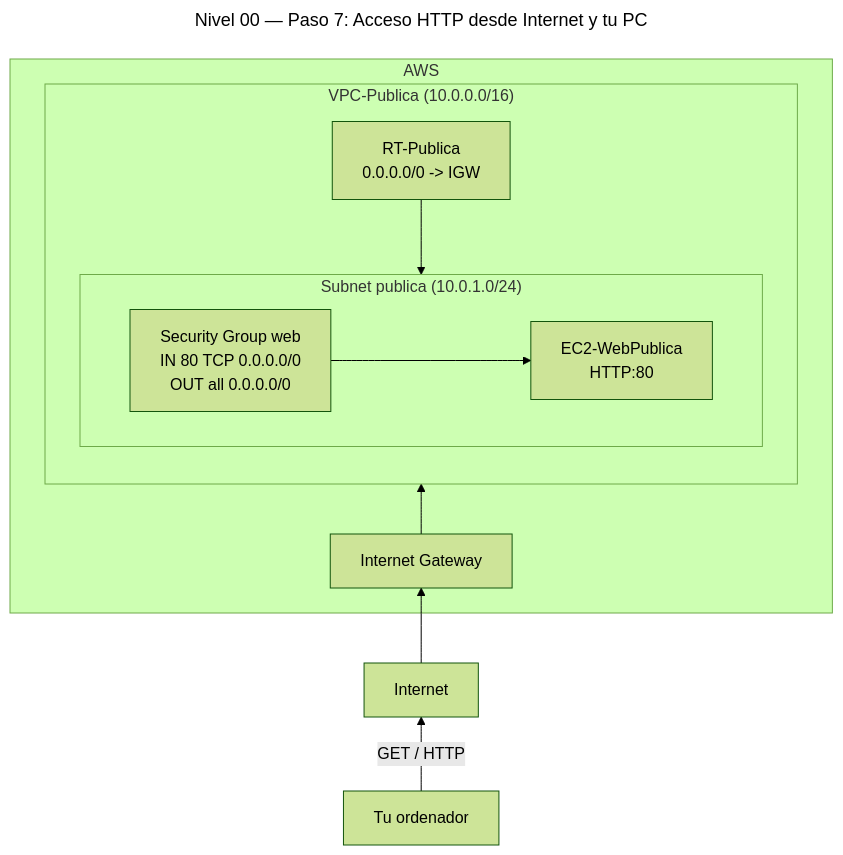
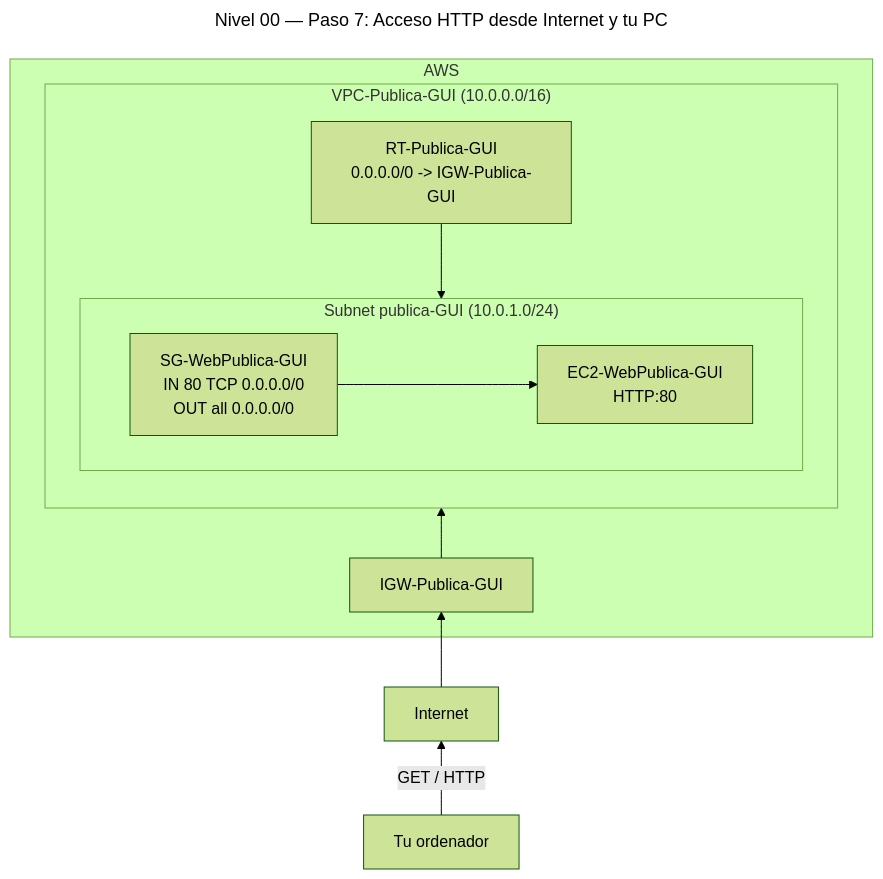
Before and after one commit to Marcos-SA-git/AWS-Certifications: the eighth of 8 diagrams in SAA-C03/es/Prácticas/🥉Fácil/Nivel-00.md, drawn with Mermaid (forest theme). The commit also changed other lines of this file, not shown here.

Commit message:
Better differentiation GUI-CLI

````diff
--- a/SAA-C03/es/Prácticas/🥉Fácil/Nivel-00.md
+++ b/SAA-C03/es/Prácticas/🥉Fácil/Nivel-00.md
@@ -287,26 +287,26 @@
 ```mermaid
 ---
 title: "Nivel 00 — Paso 7: Acceso HTTP desde Internet y tu PC"
 ---
 graph BT
 
 subgraph AWS[AWS]
-  IGW[Internet Gateway]
-  subgraph VPC["VPC-Publica (10.0.0.0/16)"]
-    RT[RT-Publica<br>0.0.0.0/0 -> IGW]
-    subgraph SUB["Subnet publica (10.0.1.0/24)"]
-      EC2[EC2-WebPublica<br>HTTP:80]
-      SG[Security Group web<br>IN 80 TCP 0.0.0.0/0<br>OUT all 0.0.0.0/0]
+  IGW[IGW-Publica-GUI]
+  subgraph VPC["VPC-Publica-GUI (10.0.0.0/16)"]
+    RT[RT-Publica-GUI<br>0.0.0.0/0 -> IGW-Publica-GUI]
+    subgraph SUB["Subnet publica-GUI (10.0.1.0/24)"]
+      EC2[EC2-WebPublica-GUI<br>HTTP:80]
+      SG[SG-WebPublica-GUI<br>IN 80 TCP 0.0.0.0/0<br>OUT all 0.0.0.0/0]
     end
   end
 end
 
 Internet[Internet]
 PC[Tu ordenador]
 
 IGW --> VPC
 RT --> SUB
 SG ---> EC2
 Internet --> IGW
 PC -->|"GET / HTTP"| Internet
 ```
````
